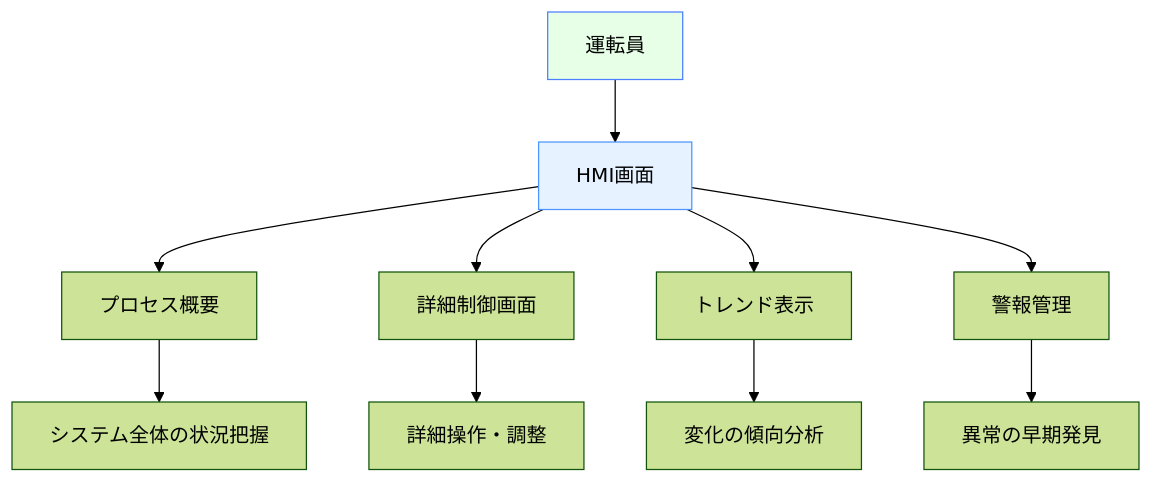
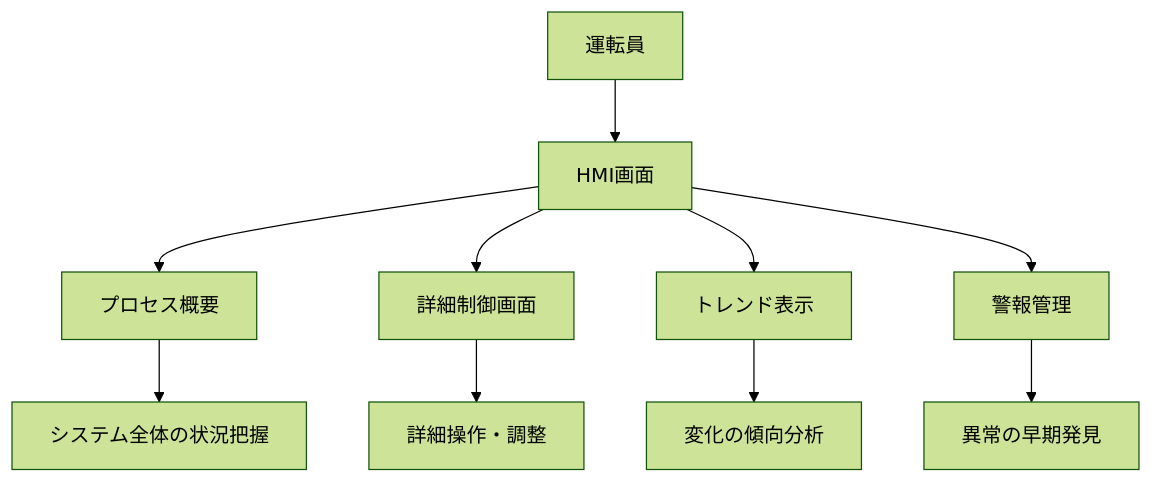
One commit to shuji-bonji/Situational-Awareness-and-Decision-Making changed the fourth of 7 diagrams in docs/applications/industrial.md. Above: the diagram before and after it, drawn with Mermaid (forest theme). The commit also changed other lines of this file and 49 other files, not shown here.

Commit message:
fix: ダークモードで見づらい図の色の変更

````diff
--- a/docs/applications/industrial.md
+++ b/docs/applications/industrial.md
@@ -298,16 +298,16 @@
 ```mermaid
 graph TD
     A[運転員] --> B[HMI画面]
     B --> C[プロセス概要]
     B --> D[詳細制御画面]
     B --> E[トレンド表示]
     B --> F[警報管理]
     
     C --> G[システム全体の状況把握]
     D --> H[詳細操作・調整]
     E --> I[変化の傾向分析]
     F --> J[異常の早期発見]
     
-    style B fill:#e6f2ff,stroke:#4d94ff
-    style A fill:#e6ffe6,stroke:#4d7fff
+
+
 ```
````
